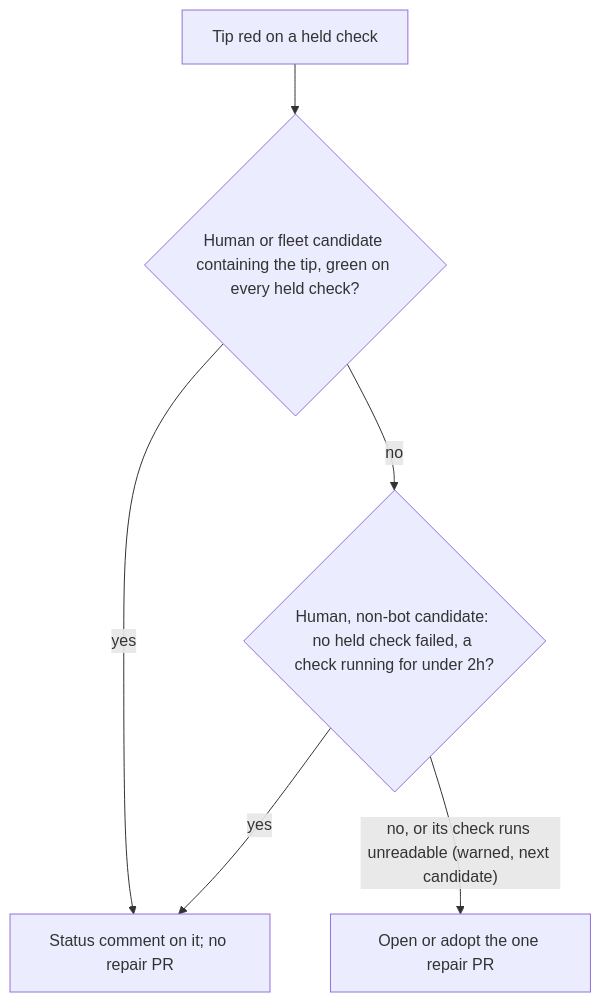
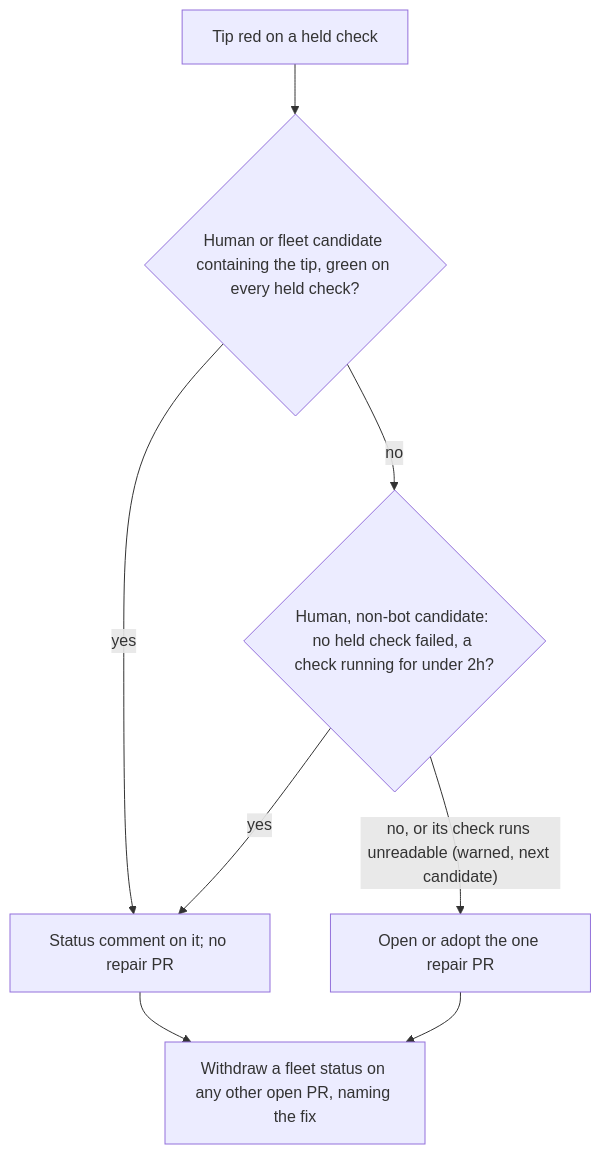
Before and after one commit to stSoftwareAU/VibeCoder: the diagram in docs/archive/pr-summaries/pr-summary-5437.md, drawn with Mermaid. The commit also changed other lines of this file and 4 other files, not shown here.

First line of the commit message:
Withdraw a superseded red-main fix status and word the pending one apart (#5437)

````diff
--- a/docs/archive/pr-summaries/pr-summary-5437.md
+++ b/docs/archive/pr-summaries/pr-summary-5437.md
@@ -79,8 +101,10 @@
 ```mermaid
 flowchart TD
     R["Tip red on a held check"] --> G{"Human or fleet candidate containing the tip, green on every held check?"}
     G -- yes --> C["Status comment on it; no repair PR"]
     G -- no --> P{"Human, non-bot candidate: no held check failed, a check running for under 2h?"}
     P -- yes --> C
     P -- "no, or its check runs unreadable (warned, next candidate)" --> X["Open or adopt the one repair PR"]
+    C --> W["Withdraw a fleet status on any other open PR, naming the fix"]
+    X --> W
 ```
````
